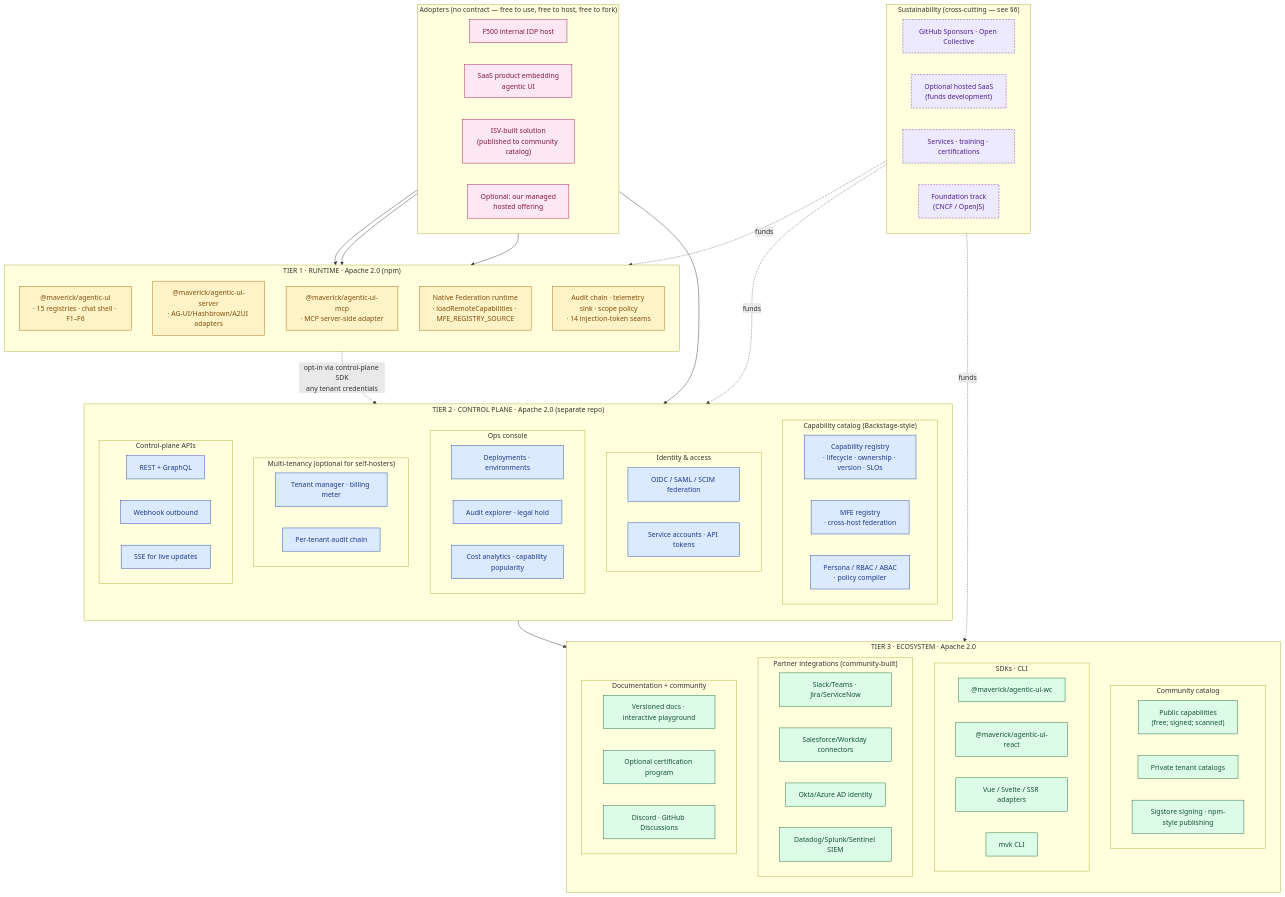
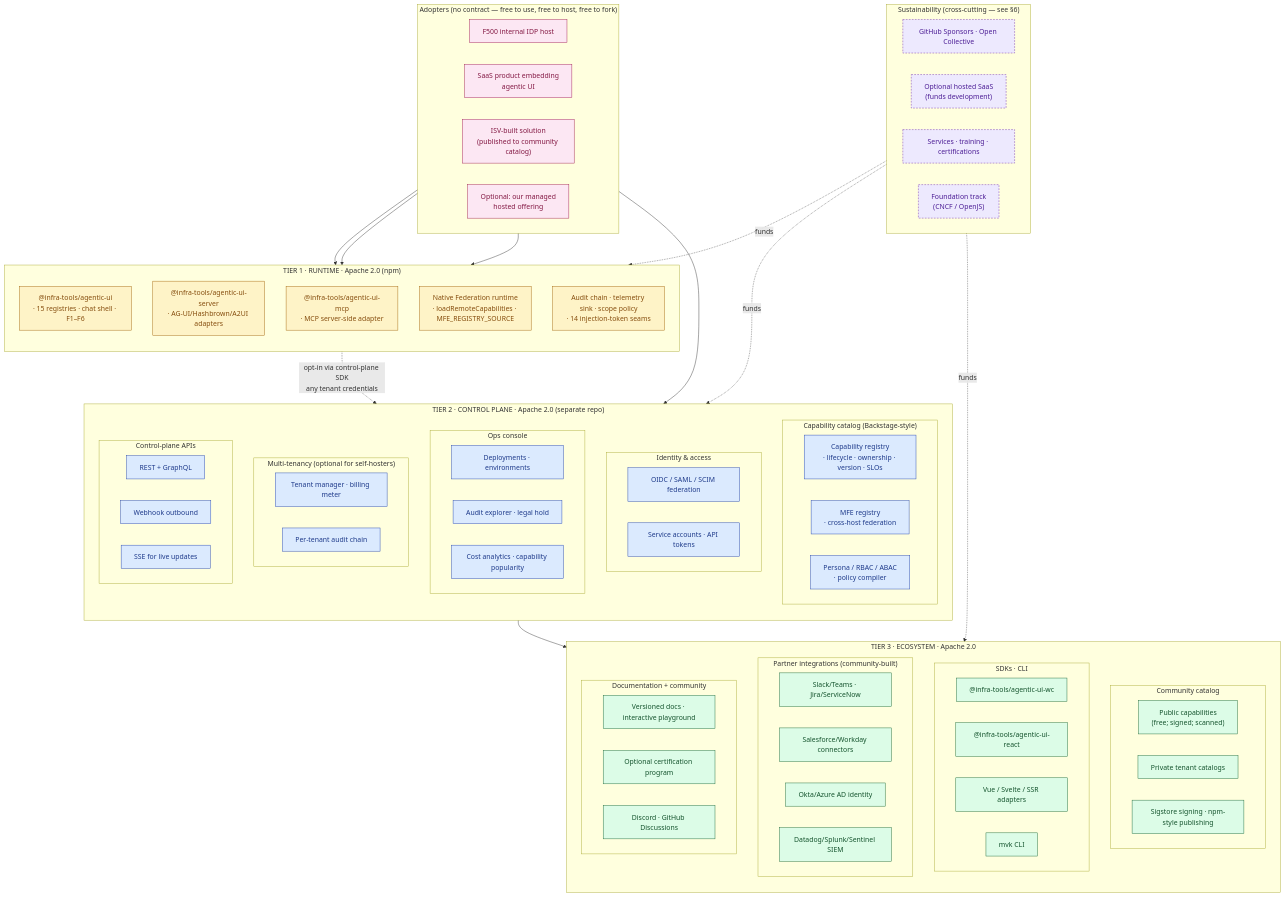
Before and after one commit to sahassakhare/agentic-ui: the diagram in docs/plans/platform-evolution-plan.md, drawn with Mermaid. The commit also changed other lines of this file and 260 other files, not shown here.

First line of the commit message:
chore: rename npm scope from @maverick to @infra-tools

```diff
--- a/docs/plans/platform-evolution-plan.md
+++ b/docs/plans/platform-evolution-plan.md
@@ -85,9 +85,9 @@
 
     subgraph RUNTIME["TIER 1 · RUNTIME · Apache 2.0 (npm)"]
       direction TB
-      R1["@maverick/agentic-ui<br/>· 15 registries · chat shell · F1–F6"]:::runtime
-      R2["@maverick/agentic-ui-server<br/>· AG-UI/Hashbrown/A2UI adapters"]:::runtime
-      R3["@maverick/agentic-ui-mcp<br/>· MCP server-side adapter"]:::runtime
+      R1["@infra-tools/agentic-ui<br/>· 15 registries · chat shell · F1–F6"]:::runtime
+      R2["@infra-tools/agentic-ui-server<br/>· AG-UI/Hashbrown/A2UI adapters"]:::runtime
+      R3["@infra-tools/agentic-ui-mcp<br/>· MCP server-side adapter"]:::runtime
       R4["Native Federation runtime<br/>· loadRemoteCapabilities · MFE_REGISTRY_SOURCE"]:::runtime
       R5["Audit chain · telemetry sink · scope policy<br/>· 14 injection-token seams"]:::runtime
     end
@@ -127,8 +127,8 @@
         M3["Sigstore signing · npm-style publishing"]:::eco
       end
       subgraph SDK["SDKs · CLI"]
-        S1["@maverick/agentic-ui-wc"]:::eco
-        S2["@maverick/agentic-ui-react"]:::eco
+        S1["@infra-tools/agentic-ui-wc"]:::eco
+        S2["@infra-tools/agentic-ui-react"]:::eco
         S3["Vue / Svelte / SSR adapters"]:::eco
         S4["mvk CLI"]:::eco
       end
```
